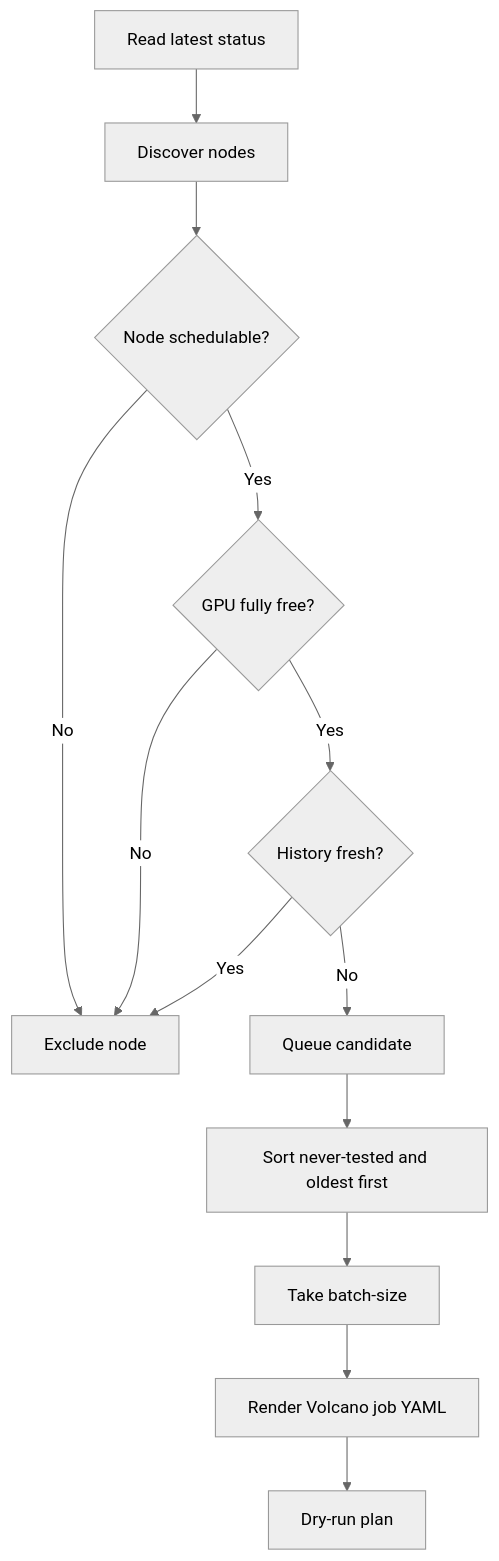
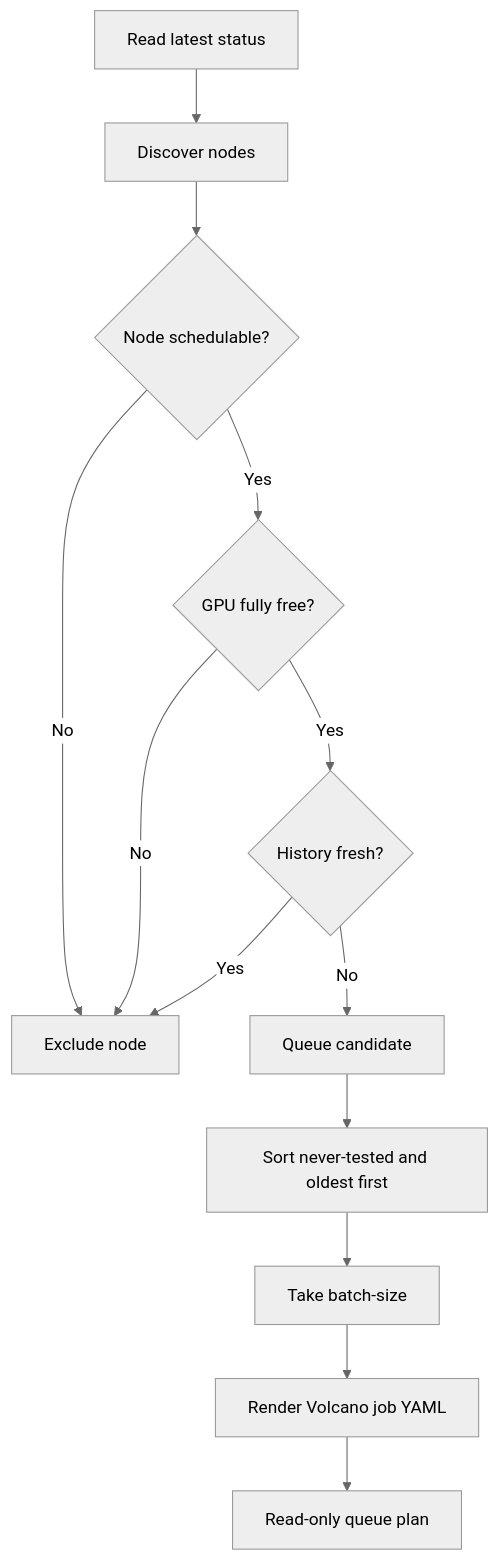
One commit to IamNirmata/c-val changed the second of 5 diagrams in docs/workflow.md. Above: the diagram before and after it, drawn with Mermaid (neutral theme). The commit also changed other lines of this file and 202 other files, not shown here.

````diff
--- a/docs/workflow.md
+++ b/docs/workflow.md
@@ -36,15 +35,15 @@
 ```mermaid
 flowchart TD
     A[Read latest status] --> B[Discover nodes]
     B --> C{Node schedulable?}
     C -- No --> X[Exclude node]
     C -- Yes --> D{GPU fully free?}
     D -- No --> X
     D -- Yes --> E{History fresh?}
     E -- Yes --> X
     E -- No --> F[Queue candidate]
     F --> G[Sort never-tested and oldest first]
     G --> H[Take batch-size]
     H --> I[Render Volcano job YAML]
-    I --> J[Dry-run plan]
+    I --> J[Read-only queue plan]
 ```
````
